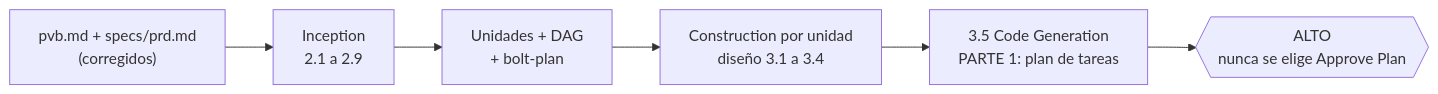
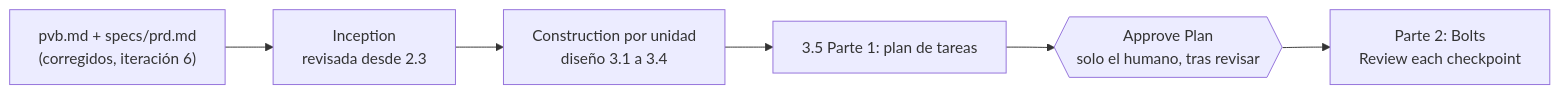
One commit to freyesJaveriana/tai changed the diagram in plan-aidlc.md. Above: the diagram before and after it, drawn with Mermaid. The commit also changed other lines of this file, not shown here.

First line of the commit message:
docs(plan): se levanta el alto antes de la Parte 2 y se reabre desde 2.3 (DT27)

````diff
--- a/plan-aidlc.md
+++ b/plan-aidlc.md
@@ -17,8 +24,8 @@
 ```mermaid
 flowchart LR
-    IN["pvb.md + specs/prd.md<br/>(corregidos)"] --> INC["Inception<br/>2.1 a 2.9"]
-    INC --> U["Unidades + DAG<br/>+ bolt-plan"]
-    U --> CON["Construction por unidad<br/>diseño 3.1 a 3.4"]
-    CON --> CG["3.5 Code Generation<br/>PARTE 1: plan de tareas"]
-    CG --> STOP{{"ALTO<br/>nunca se elige Approve Plan"}}
+    IN["pvb.md + specs/prd.md<br/>(corregidos, iteración 6)"] --> INC["Inception<br/>revisada desde 2.3"]
+    INC --> CON["Construction por unidad<br/>diseño 3.1 a 3.4"]
+    CON --> CG["3.5 Parte 1: plan de tareas"]
+    CG --> OK{{"Approve Plan<br/>solo el humano, tras revisar"}}
+    OK --> B["Parte 2: Bolts<br/>Review each checkpoint"]
 ```
````
